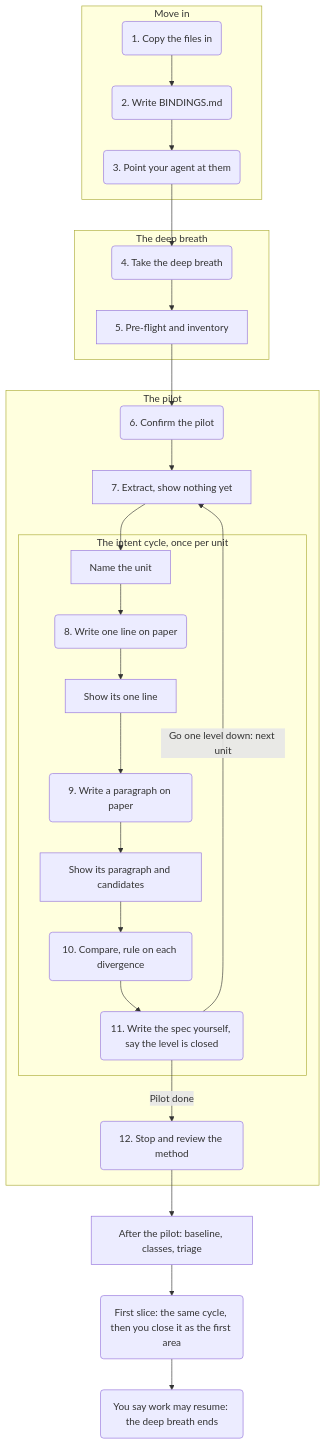
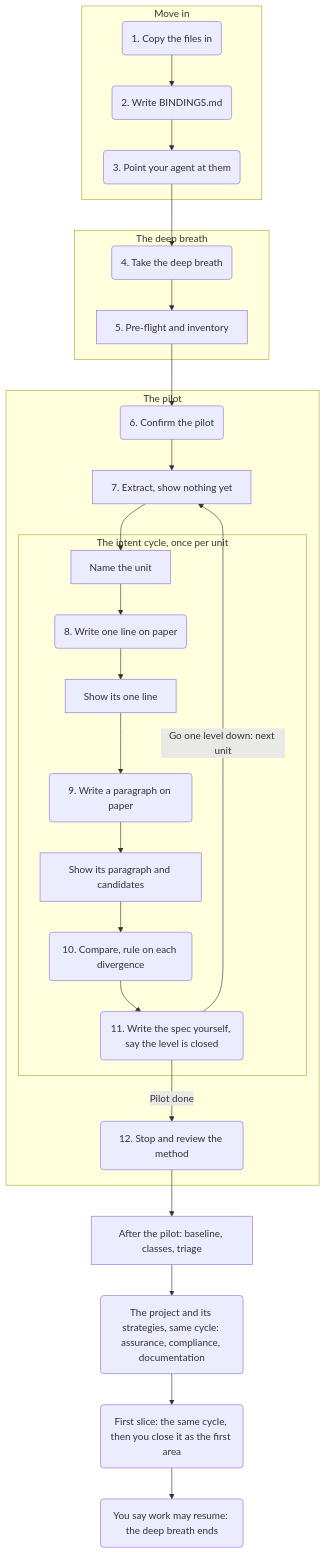
The diagram in HOWTO.md (Mumunu-team/kowloon), drawn with Mermaid before and after one commit. The commit also changed other lines of this file and 7 other files, not shown here.

````diff
--- a/HOWTO.md
+++ b/HOWTO.md
@@ -42,28 +42,29 @@
 ```mermaid
 flowchart TD
     subgraph move["Move in"]
         s1("1. Copy the files in") --> s2("2. Write BINDINGS.md") --> s3("3. Point your agent at them")
     end
     subgraph breath["The deep breath"]
         s4("4. Take the deep breath") --> s5["5. Pre-flight and inventory"]
     end
     subgraph pilot["The pilot"]
         s6("6. Confirm the pilot") --> s7["7. Extract, show nothing yet"]
         subgraph cycle["The intent cycle, once per unit"]
             name["Name the unit"] --> s8a("8. Write one line on paper")
             s8a --> s8b["Show its one line"]
             s8b --> s9a("9. Write a paragraph on paper")
             s9a --> s9b["Show its paragraph and candidates"]
             s9b --> s10("10. Compare, rule on each divergence")
             s10 --> s11("11. Write the spec yourself, say the level is closed")
         end
         s7 --> name
         s11 -->|"Go one level down: next unit"| s7
         s11 -->|"Pilot done"| s12("12. Stop and review the method")
     end
     s3 --> s4
     s5 --> s6
     s12 --> after["After the pilot: baseline, classes, triage"]
-    after --> slice("First slice: the same cycle, then you close it as the first area")
+    after --> strat("The project and its strategies, same cycle: assurance, compliance, documentation")
+    strat --> slice("First slice: the same cycle, then you close it as the first area")
     slice --> resume("You say work may resume: the deep breath ends")
 ```
````
